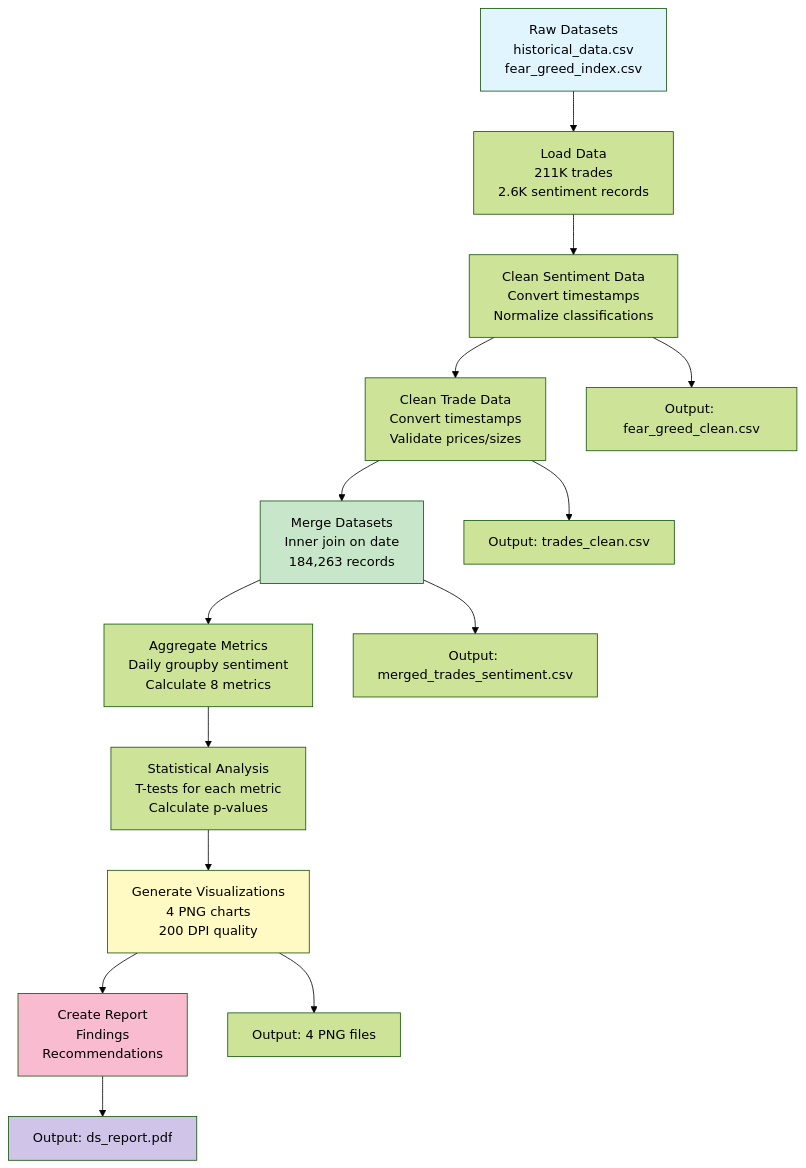
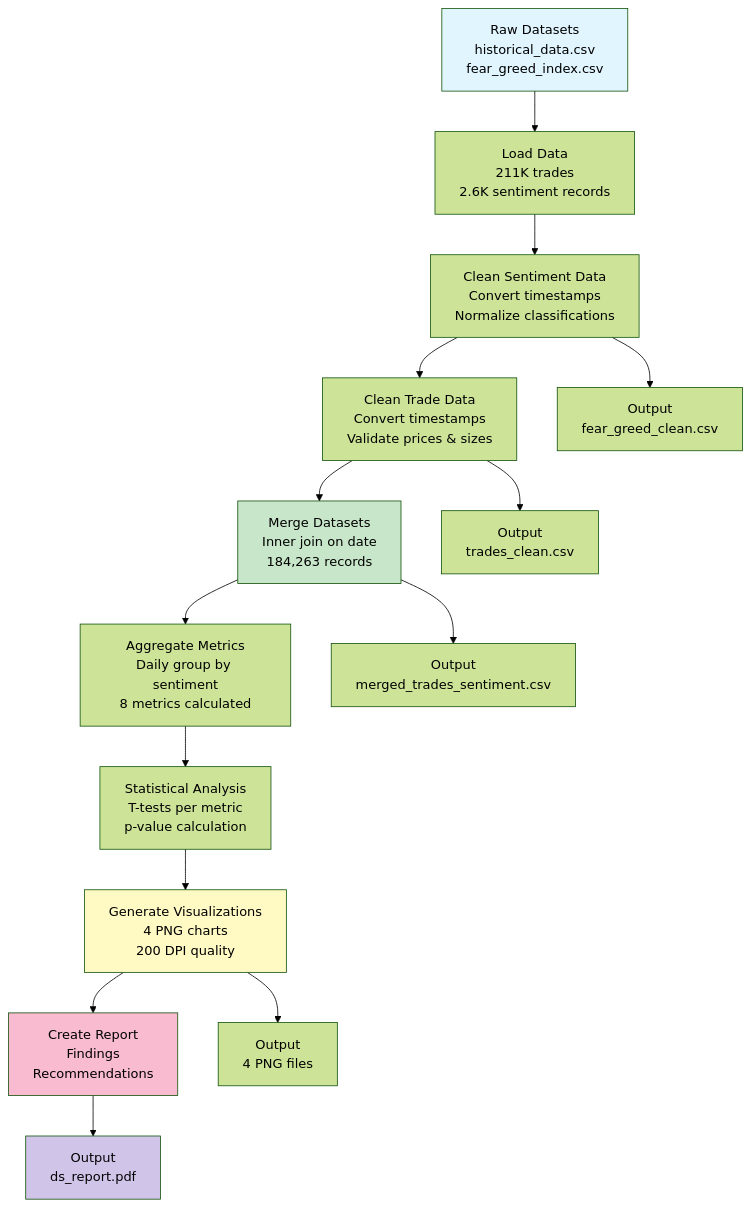
The diagram in README.md (saikiranpulagalla/ds_saikiranpulagalla), drawn with Mermaid (forest theme) before and after one commit.

````diff
--- a/README.md
+++ b/README.md
@@ -36,23 +36,58 @@
 ```mermaid
 graph TD
-    A["Raw Datasets<br/>historical_data.csv<br/>fear_greed_index.csv"] --> B["Load Data<br/>211K trades<br/>2.6K sentiment records"]
-    B --> C["Clean Sentiment Data<br/>Convert timestamps<br/>Normalize classifications"]
-    C --> D["Clean Trade Data<br/>Convert timestamps<br/>Validate prices/sizes"]
-    D --> E["Merge Datasets<br/>Inner join on date<br/>184,263 records"]
-    E --> F["Aggregate Metrics<br/>Daily groupby sentiment<br/>Calculate 8 metrics"]
-    F --> G["Statistical Analysis<br/>T-tests for each metric<br/>Calculate p-values"]
-    G --> H["Generate Visualizations<br/>4 PNG charts<br/>200 DPI quality"]
-    H --> I["Create Report<br/>Findings<br/>Recommendations"]
-    
-    C --> J["Output: fear_greed_clean.csv"]
-    D --> K["Output: trades_clean.csv"]
-    E --> L["Output: merged_trades_sentiment.csv"]
-    H --> M["Output: 4 PNG files"]
-    I --> N["Output: ds_report.pdf"]
-    
+    A["Raw Datasets
+historical_data.csv
+fear_greed_index.csv"] --> B["Load Data
+211K trades
+2.6K sentiment records"]
+
+    B --> C["Clean Sentiment Data
+Convert timestamps
+Normalize classifications"]
+
+    C --> D["Clean Trade Data
+Convert timestamps
+Validate prices & sizes"]
+
+    D --> E["Merge Datasets
+Inner join on date
+184,263 records"]
+
+    E --> F["Aggregate Metrics
+Daily group by sentiment
+8 metrics calculated"]
+
+    F --> G["Statistical Analysis
+T-tests per metric
+p-value calculation"]
+
+    G --> H["Generate Visualizations
+4 PNG charts
+200 DPI quality"]
+
+    H --> I["Create Report
+Findings
+Recommendations"]
+
+    C --> J["Output
+fear_greed_clean.csv"]
+
+    D --> K["Output
+trades_clean.csv"]
+
+    E --> L["Output
+merged_trades_sentiment.csv"]
+
+    H --> M["Output
+4 PNG files"]
+
+    I --> N["Output
+ds_report.pdf"]
+
     style A fill:#e1f5ff
     style E fill:#c8e6c9
     style H fill:#fff9c4
     style I fill:#f8bbd0
     style N fill:#d1c4e9
+
 ```
````
